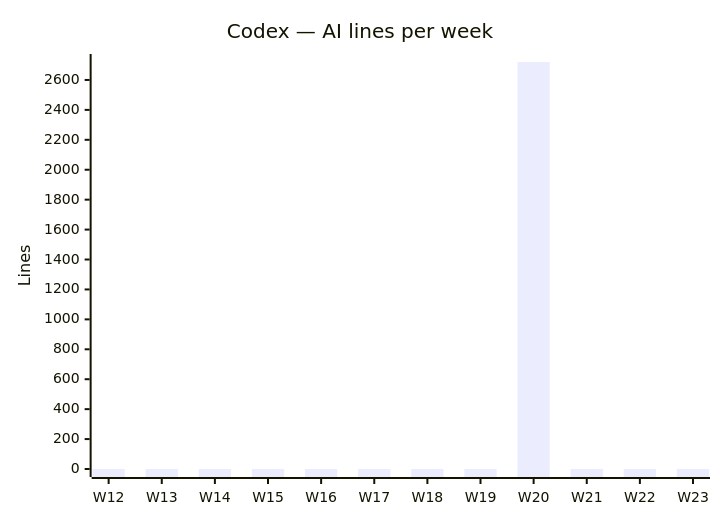
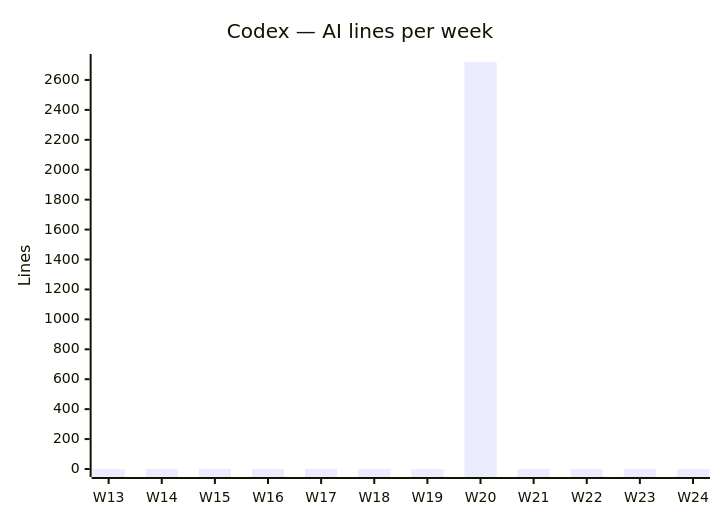
Before and after one commit to fromwaydowntown/ai-use: the third of 4 diagrams in docs/AI_USAGE.md, drawn with Mermaid. The commit also changed other lines of this file, not shown here.

````diff
--- a/docs/AI_USAGE.md
+++ b/docs/AI_USAGE.md
@@ -39,7 +39,7 @@
 ```mermaid
 xychart-beta
     title "Codex — AI lines per week"
-    x-axis ["W12", "W13", "W14", "W15", "W16", "W17", "W18", "W19", "W20", "W21", "W22", "W23"]
+    x-axis ["W13", "W14", "W15", "W16", "W17", "W18", "W19", "W20", "W21", "W22", "W23", "W24"]
     y-axis "Lines"
-    bar [0, 0, 0, 0, 0, 0, 0, 0, 2720, 0, 0, 0]
+    bar [0, 0, 0, 0, 0, 0, 0, 2720, 0, 0, 0, 0]
 ```
````
